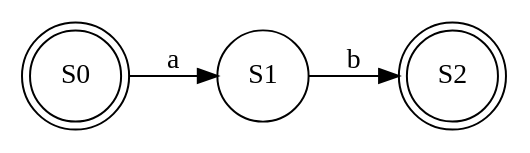
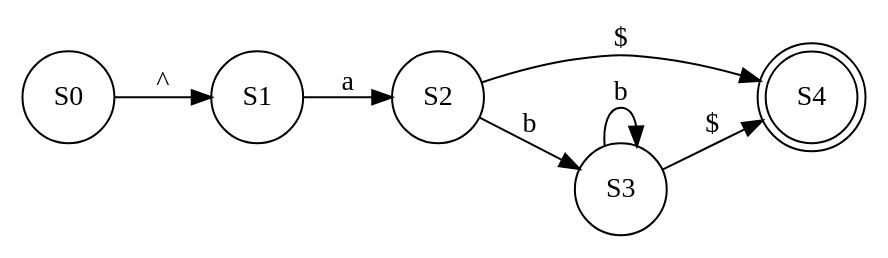
The diagram in dotfiles/dfa.dot (jlthermos28/grepy), drawn with Graphviz before and after one commit. The commit also changed 4 other files, not shown here.

```diff
--- a/dotfiles/dfa.dot
+++ b/dotfiles/dfa.dot
@@ -1,7 +1,11 @@
 digraph DFA {
     rankdir=LR;
-    node [shape = doublecircle]; S0 S2;
+    node [shape = doublecircle]; S4;
     node [shape = circle];
-    "S0" -> "S1" [ label = "a" ];
-    "S1" -> "S2" [ label = "b" ];
+    "S0" -> "S1" [ label = "^" ];
+    "S1" -> "S2" [ label = "a" ];
+    "S2" -> "S3" [ label = "b" ];
+    "S2" -> "S4" [ label = "$" ];
+    "S3" -> "S3" [ label = "b" ];
+    "S3" -> "S4" [ label = "$" ];
 }
```
